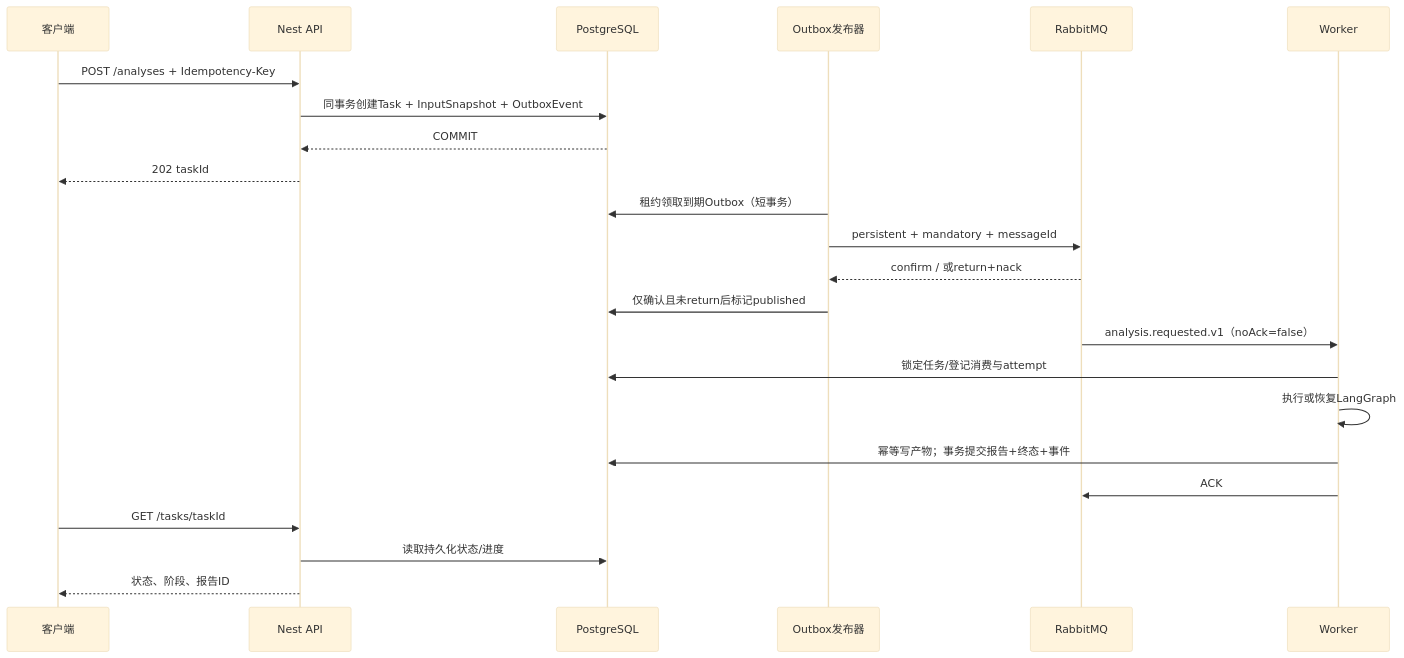
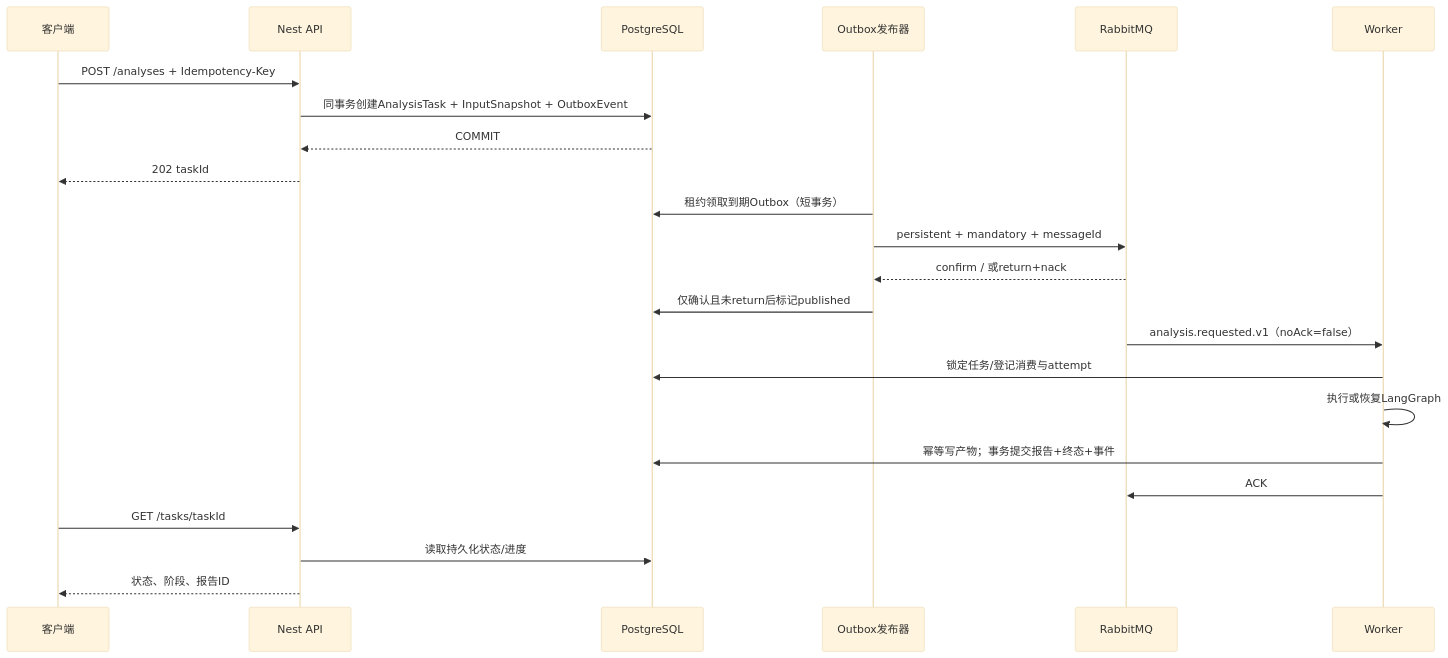
The third of 5 diagrams in docs/architecture.md (Mingan-X/Resume-Studio), drawn with Mermaid (base theme) before and after one commit. The commit also changed other lines of this file and 10 other files, not shown here.

````diff
--- a/docs/architecture.md
+++ b/docs/architecture.md
@@ -143,25 +154,25 @@
 ```mermaid
 sequenceDiagram
     participant UI as 客户端
     participant API as Nest API
     participant DB as PostgreSQL
     participant P as Outbox发布器
     participant MQ as RabbitMQ
     participant W as Worker
     UI->>API: POST /analyses + Idempotency-Key
-    API->>DB: 同事务创建Task + InputSnapshot + OutboxEvent
+    API->>DB: 同事务创建AnalysisTask + InputSnapshot + OutboxEvent
     DB-->>API: COMMIT
     API-->>UI: 202 taskId
     P->>DB: 租约领取到期Outbox（短事务）
     P->>MQ: persistent + mandatory + messageId
     MQ-->>P: confirm / 或return+nack
     P->>DB: 仅确认且未return后标记published
     MQ->>W: analysis.requested.v1（noAck=false）
     W->>DB: 锁定任务/登记消费与attempt
     W->>W: 执行或恢复LangGraph
     W->>DB: 幂等写产物；事务提交报告+终态+事件
     W->>MQ: ACK
     UI->>API: GET /tasks/taskId
     API->>DB: 读取持久化状态/进度
     API-->>UI: 状态、阶段、报告ID
 ```
````
